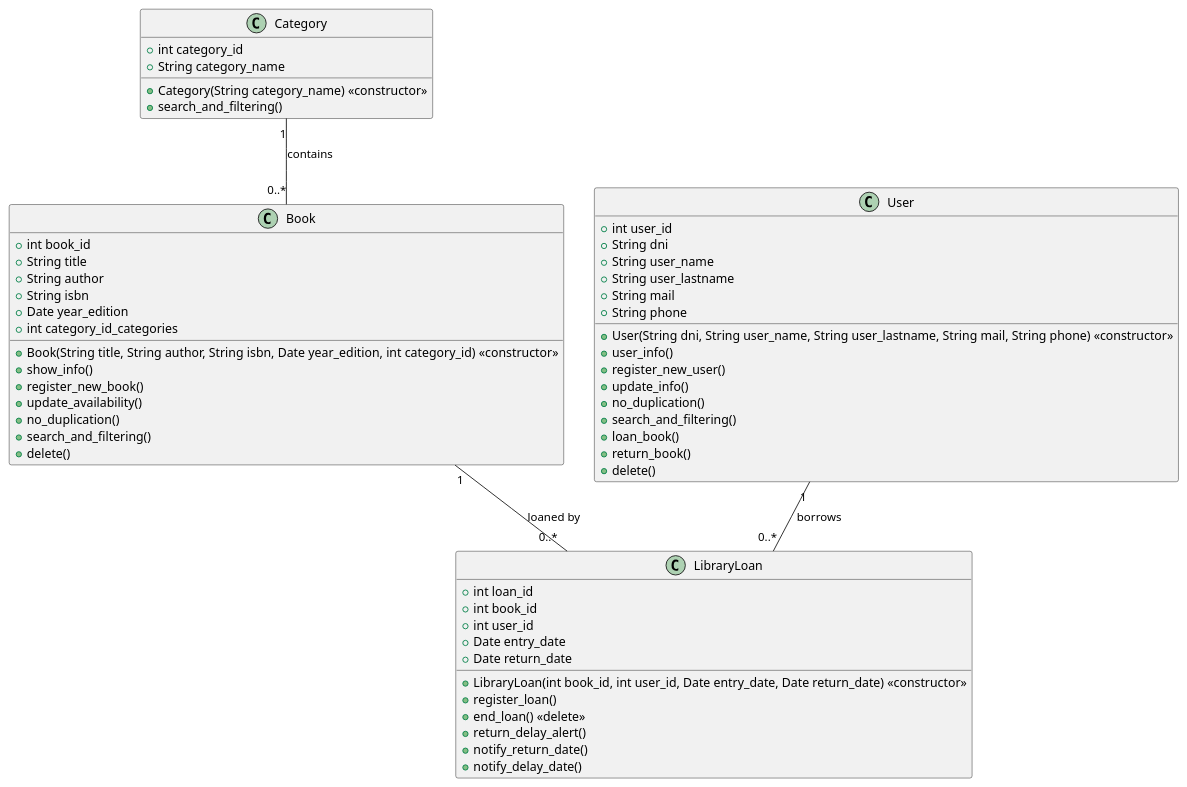
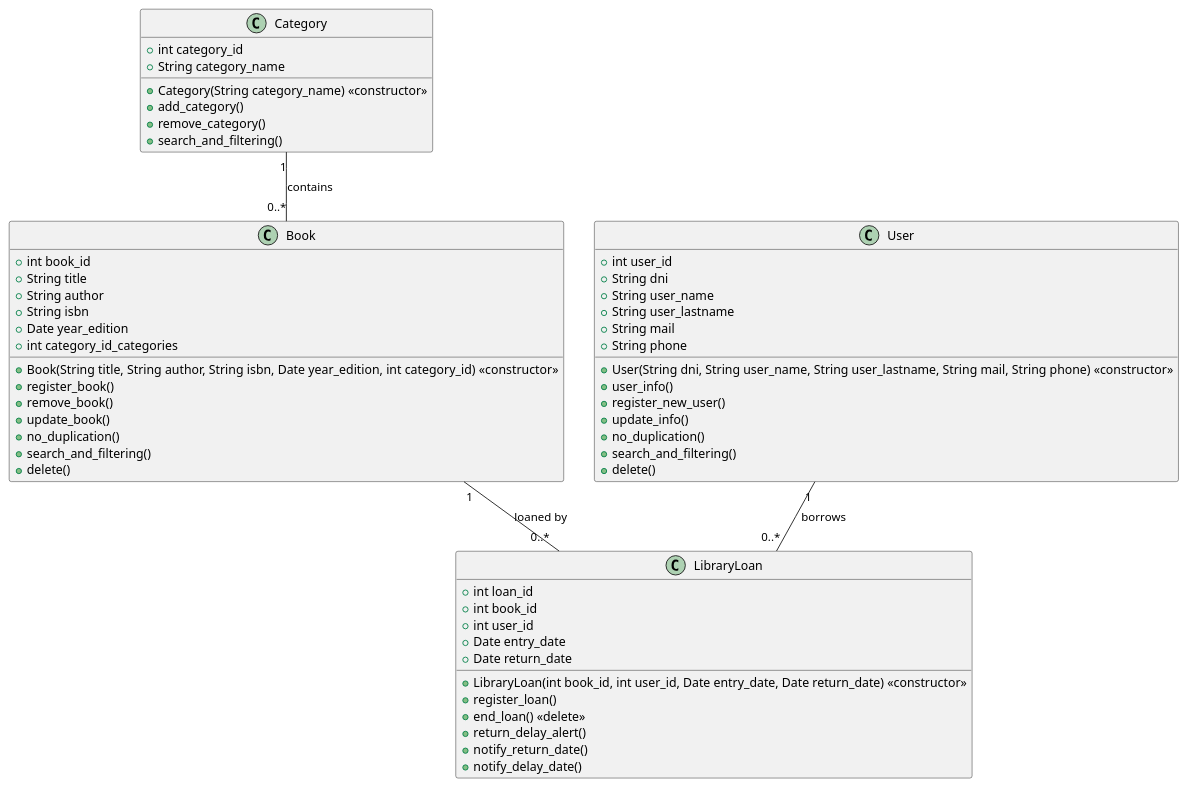
Before and after one commit to helopgom/LibraryManager: the diagram in diagram.puml, drawn with PlantUML. The commit also changed 9 other files, not shown here.

```diff
--- a/diagram.puml
+++ b/diagram.puml
@@ -1,60 +1,60 @@
 @startuml
 class Category {
     +int category_id
     +String category_name
     +Category(String category_name) <<constructor>>
+    +add_category()
+    +remove_category()
     +search_and_filtering()
 }
 
 class Book {
     +int book_id
     +String title
     +String author
     +String isbn
     +Date year_edition
     +int category_id_categories
     +Book(String title, String author, String isbn, Date year_edition, int category_id) <<constructor>>
-    +show_info()
-    +register_new_book()
-    +update_availability()
+    +register_book()
+    +remove_book()
+    +update_book()
     +no_duplication()
     +search_and_filtering()
     +delete()
 }
 
 class User {
     +int user_id
     +String dni
     +String user_name
     +String user_lastname
     +String mail
     +String phone
     +User(String dni, String user_name, String user_lastname, String mail, String phone) <<constructor>>
     +user_info()
     +register_new_user()
     +update_info()
     +no_duplication()
     +search_and_filtering()
-    +loan_book()
-    +return_book()
     +delete()
 }
 
 class LibraryLoan {
     +int loan_id
     +int book_id
     +int user_id
     +Date entry_date
     +Date return_date
     +LibraryLoan(int book_id, int user_id, Date entry_date, Date return_date) <<constructor>>
     +register_loan()
     +end_loan() <<delete>>
     +return_delay_alert()
     +notify_return_date()
     +notify_delay_date()
 }
 
 Category "1" -- "0..*" Book : contains
 Book "1" -- "0..*" LibraryLoan : loaned by
 User "1" -- "0..*" LibraryLoan : borrows
 @enduml
```
